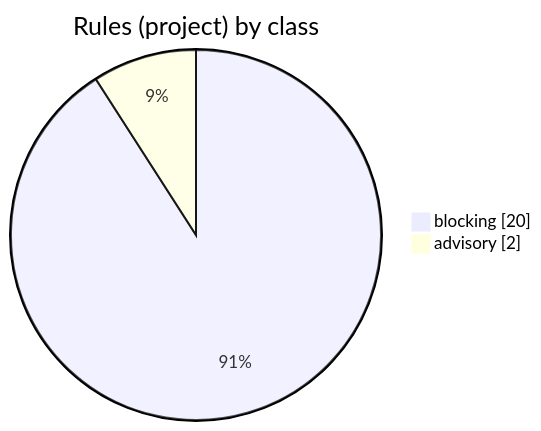
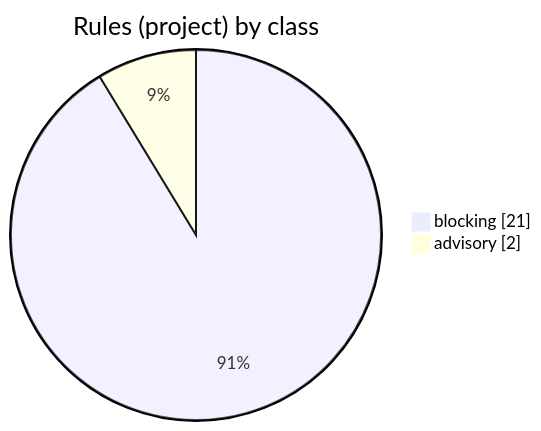
The ninth of 11 diagrams in README.md (korczis/OpenTTD), drawn with Mermaid before and after one commit. The commit also changed other lines of this file and 10 other files, not shown here.

````diff
--- a/README.md
+++ b/README.md
@@ -1352,6 +1353,6 @@
 ```mermaid
 pie showData title Rules (project) by class
     %% links: README.md?col=Class&filter=blocking#06-ground-rules-short-version | README.md?col=Class&filter=advisory#06-ground-rules-short-version
-    "blocking" : 20
+    "blocking" : 21
     "advisory" : 2
 ```
````
